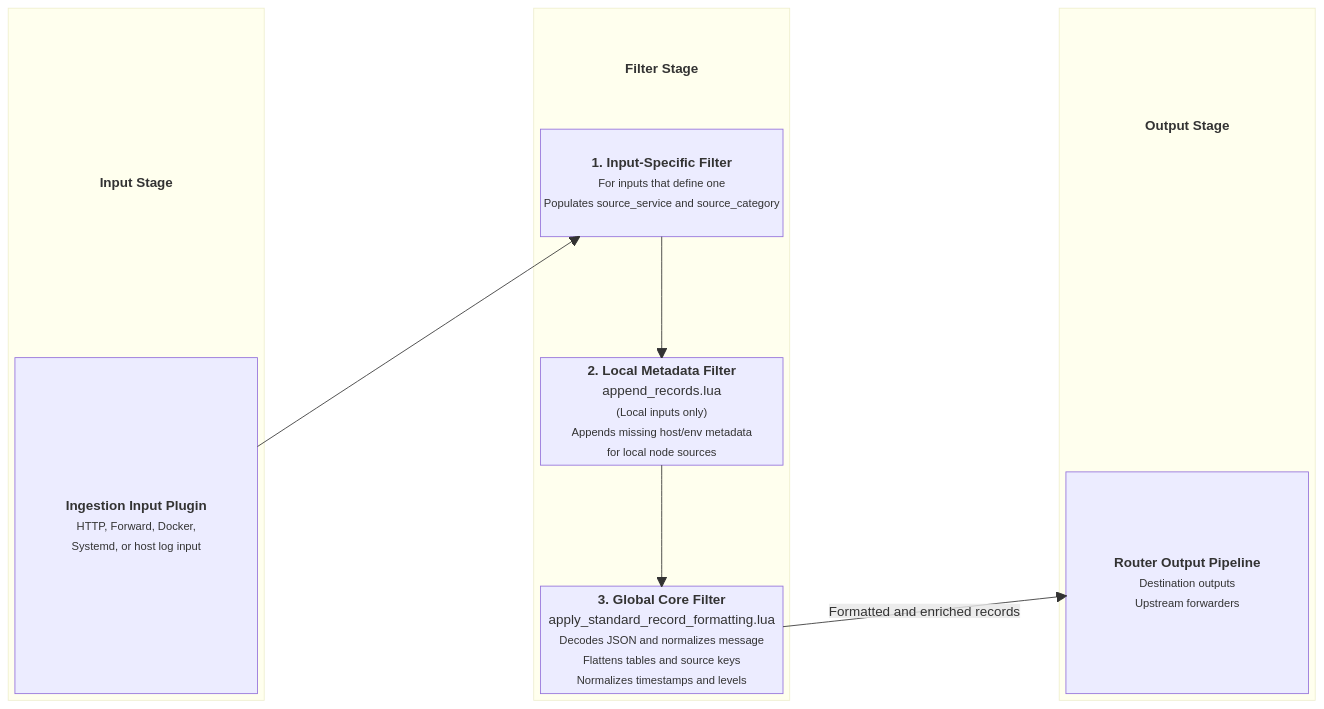
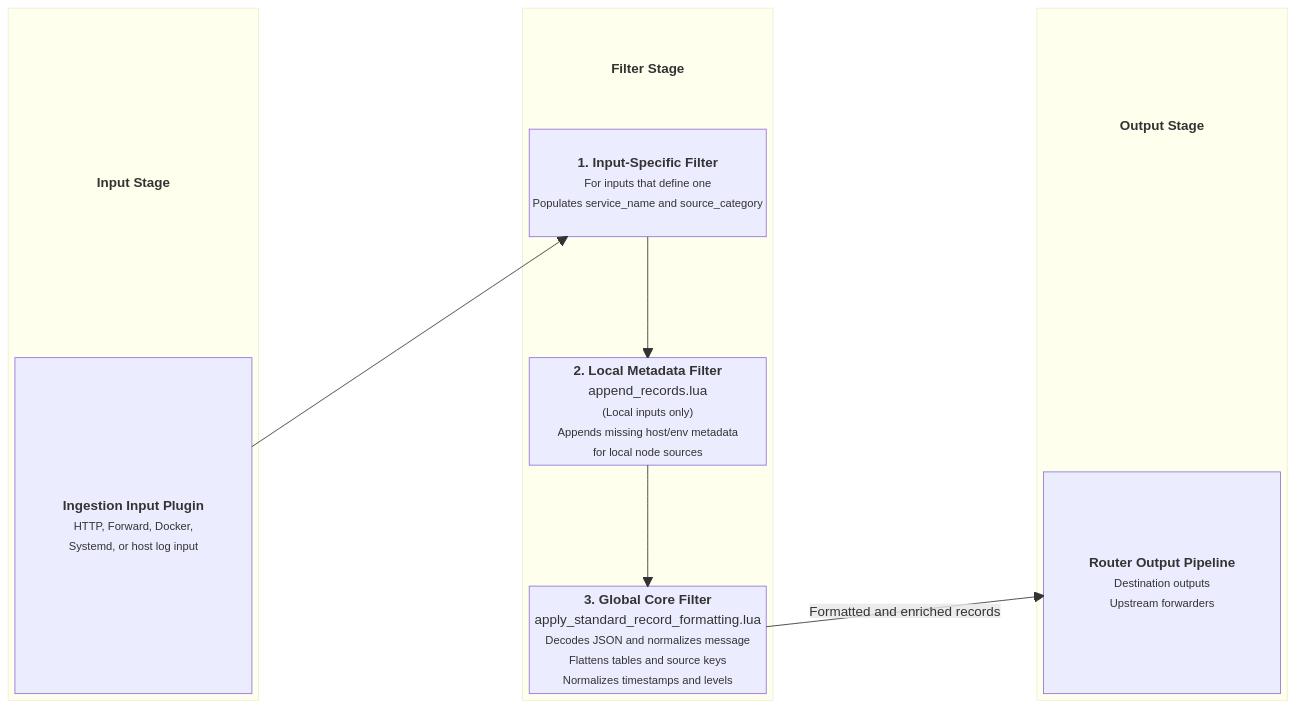
One commit to Josh5/fluent-bit-router changed the first of 2 diagrams in docs/input-global-filters.md. Above: the diagram before and after it, drawn with Mermaid. The commit also changed other lines of this file and 27 other files, not shown here.

````diff
--- a/docs/input-global-filters.md
+++ b/docs/input-global-filters.md
@@ -13,40 +13,40 @@
 ```mermaid
 block-beta
     columns 5
 
     block:InputStage
         columns 1
         InputTitle["<b>Input Stage</b>"]
         A["<b>Ingestion Input Plugin</b><br/><small>HTTP, Forward, Docker,<br/>Systemd, or host log input</small>"]
     end
 
     space
 
     block:FilterStage
         columns 1
         FilterTitle["<b>Filter Stage</b>"]
-        B["<b>1. Input-Specific Filter</b><br/><small>For inputs that define one<br/>Populates source_service and source_category</small>"]
+        B["<b>1. Input-Specific Filter</b><br/><small>For inputs that define one<br/>Populates service_name and source_category</small>"]
         space
         C["<b>2. Local Metadata Filter</b><br/>append_records.lua<br/><small>(Local inputs only)<br/>Appends missing host/env metadata<br/>for local node sources</small>"]
         space
         D["<b>3. Global Core Filter</b><br/>apply_standard_record_formatting.lua<br/><small>Decodes JSON and normalizes message<br/>Flattens tables and source keys<br/>Normalizes timestamps and levels</small>"]
     end
 
     space
 
     block:OutputStage
         columns 1
         OutputTitle["<b>Output Stage</b>"]
         space
         E["<b>Router Output Pipeline</b><br/><small>Destination outputs<br/>Upstream forwarders</small>"]
     end
 
     A --> B
     B --> C
     C --> D
     D -- "Formatted and enriched records" --> E
 
     style InputTitle fill:none,stroke:none
     style FilterTitle fill:none,stroke:none
     style OutputTitle fill:none,stroke:none
 ```
````
